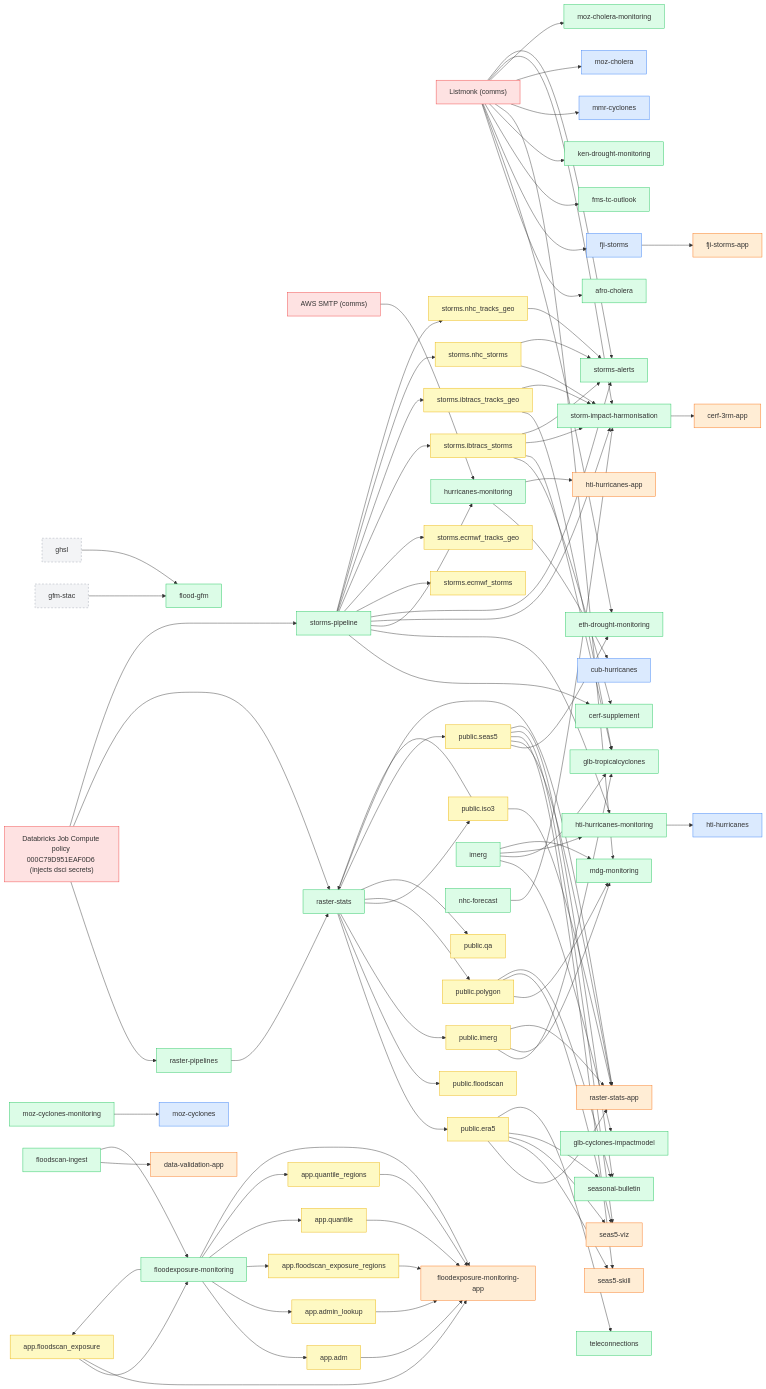
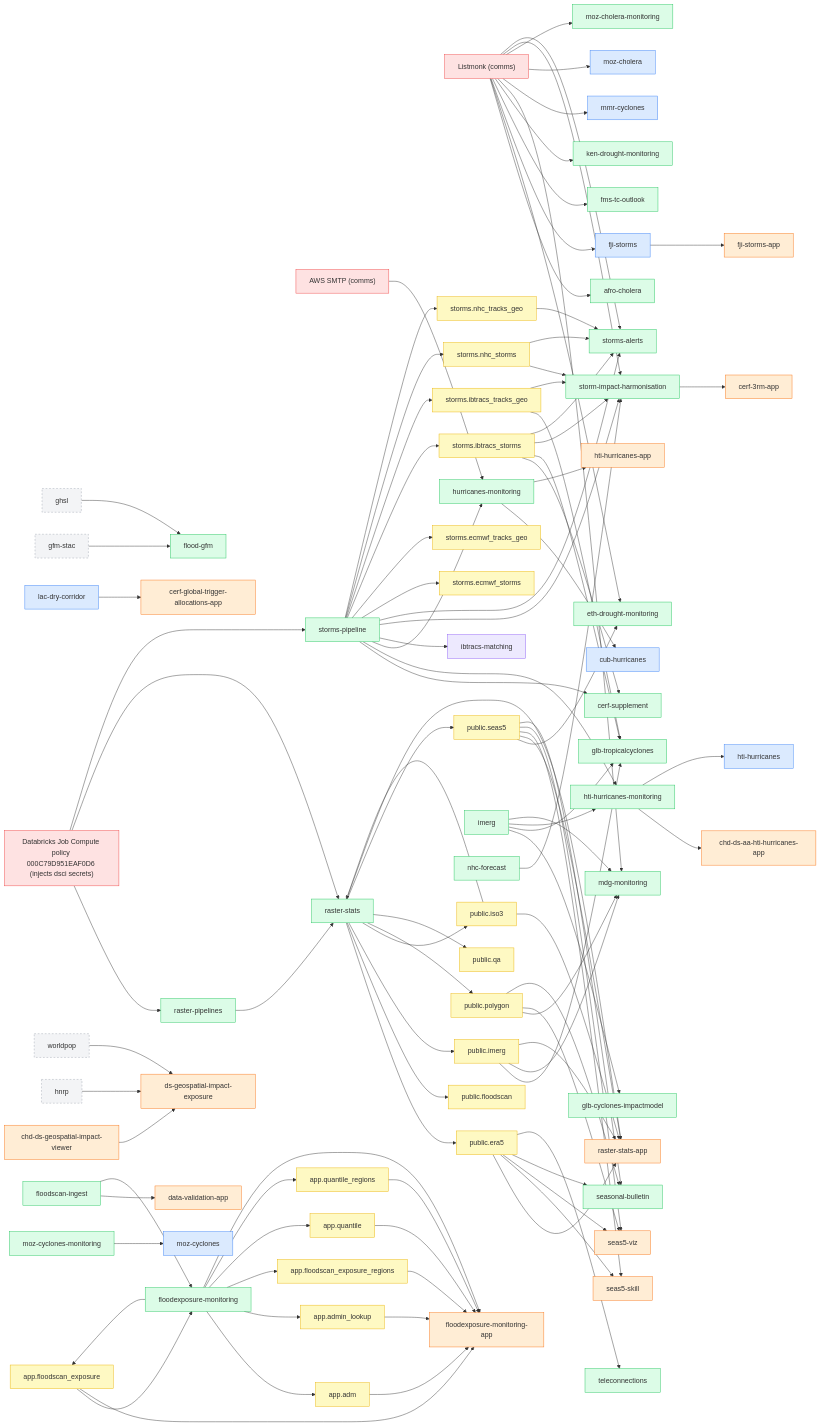
Before and after one commit to OCHA-DAP/ds-knowledge-base: the diagram in infrastructure/dependency-graph.md, drawn with Mermaid. The commit also changed other lines of this file and 1 other file, not shown here.

Commit message:
chore: refresh DB schema snapshot + dependency graph [skip ci]

````diff
--- a/infrastructure/dependency-graph.md
+++ b/infrastructure/dependency-graph.md
@@ -52,6 +56,8 @@
   n_listmonk["Listmonk (comms)"]
   n_gfm_stac["gfm-stac"]
   n_ghsl["ghsl"]
+  n_hnrp["hnrp"]
+  n_worldpop["worldpop"]
   n_app_adm["app.adm"]
   n_app_admin_lookup["app.admin_lookup"]
   n_app_floodscan_exposure["app.floodscan_exposure"]
@@ -96,16 +102,22 @@
   n_storms_pipeline["storms-pipeline"]
   n_teleconnections["teleconnections"]
   n_cerf_3rm_app["cerf-3rm-app"]
+  n_cerf_global_trigger_allocations_app["cerf-global-trigger-allocations-app"]
+  n_chd_ds_aa_hti_hurricanes_app["chd-ds-aa-hti-hurricanes-app"]
+  n_chd_ds_geospatial_impact_viewer["chd-ds-geospatial-impact-viewer"]
   n_data_validation_app["data-validation-app"]
+  n_ds_geospatial_impact_exposure["ds-geospatial-impact-exposure"]
   n_fji_storms_app["fji-storms-app"]
   n_floodexposure_monitoring_app["floodexposure-monitoring-app"]
   n_hti_hurricanes_app["hti-hurricanes-app"]
   n_raster_stats_app["raster-stats-app"]
   n_seas5_skill["seas5-skill"]
   n_seas5_viz["seas5-viz"]
+  n_ibtracs_matching["ibtracs-matching"]
   n_cub_hurricanes["cub-hurricanes"]
   n_fji_storms["fji-storms"]
   n_hti_hurricanes["hti-hurricanes"]
+  n_lac_dry_corridor["lac-dry-corridor"]
   n_mmr_cyclones["mmr-cyclones"]
   n_moz_cholera["moz-cholera"]
   n_moz_cyclones["moz-cyclones"]
@@ -117,10 +129,15 @@
   n_floodexposure_monitoring --> n_app_quantile
   n_floodexposure_monitoring --> n_app_quantile_regions
   n_storm_impact_harmonisation --> n_cerf_3rm_app
+  n_lac_dry_corridor --> n_cerf_global_trigger_allocations_app
   n_storms_pipeline --> n_cerf_supplement
   n_storms_ibtracs_storms --> n_cerf_supplement
+  n_hti_hurricanes_monitoring --> n_chd_ds_aa_hti_hurricanes_app
   n_hurricanes_monitoring --> n_cub_hurricanes
   n_floodscan_ingest --> n_data_validation_app
+  n_chd_ds_geospatial_impact_viewer --> n_ds_geospatial_impact_exposure
+  n_hnrp --> n_ds_geospatial_impact_exposure
+  n_worldpop --> n_ds_geospatial_impact_exposure
   n_listmonk --> n_eth_drought_monitoring
   n_public_seas5 --> n_eth_drought_monitoring
   n_listmonk --> n_fji_storms
@@ -148,6 +165,7 @@
   n_storms_pipeline --> n_hti_hurricanes_monitoring
   n_aws_smtp --> n_hurricanes_monitoring
   n_storms_pipeline --> n_hurricanes_monitoring
+  n_storms_pipeline --> n_ibtracs_matching
   n_listmonk --> n_ken_drought_monitoring
   n_imerg --> n_mdg_monitoring
   n_listmonk --> n_mdg_monitoring
@@ -207,10 +225,11 @@
   classDef analysis fill:#ede9fe,stroke:#8b5cf6;
   classDef table fill:#fef9c3,stroke:#eab308;
   classDef external fill:#f3f4f6,stroke:#9ca3af,stroke-dasharray:4;
-  class n_moz_cyclones,n_moz_cholera,n_fji_storms,n_mmr_cyclones,n_hti_hurricanes,n_cub_hurricanes framework;
-  class n_afro_cholera,n_storms_alerts,n_nhc_forecast,n_seasonal_bulletin,n_raster_stats,n_floodscan_ingest,n_fms_tc_outlook,n_imerg,n_flood_gfm,n_hti_hurricanes_monitoring,n_raster_pipelines,n_hurricanes_monitoring,n_cerf_supplement,n_teleconnections,n_eth_drought_monitoring,n_ken_drought_monitoring,n_floodexposure_monitoring,n_glb_tropicalcyclones,n_mdg_monitoring,n_moz_cholera_monitoring,n_moz_cyclones_monitoring,n_glb_cyclones_impactmodel,n_storms_pipeline,n_storm_impact_harmonisation pipeline;
-  class n_cerf_3rm_app,n_data_validation_app,n_fji_storms_app,n_seas5_viz,n_hti_hurricanes_app,n_floodexposure_monitoring_app,n_seas5_skill,n_raster_stats_app app;
-  class n_app_floodscan_exposure,n_app_floodscan_exposure_regions,n_app_quantile_regions,n_public_seas5,n_public_era5,n_public_iso3,n_app_quantile,n_public_qa,n_app_admin_lookup,n_storms_ecmwf_tracks_geo,n_app_adm,n_storms_ibtracs_tracks_geo,n_storms_nhc_tracks_geo,n_public_floodscan,n_storms_ibtracs_storms,n_storms_ecmwf_storms,n_public_imerg,n_storms_nhc_storms,n_public_polygon table;
-  class n_aws_smtp,n_listmonk,n_dbx_job_compute infra;
-  class n_gfm_stac,n_ghsl external;
+  class n_lac_dry_corridor,n_mmr_cyclones,n_moz_cyclones,n_fji_storms,n_moz_cholera,n_hti_hurricanes,n_cub_hurricanes framework;
+  class n_teleconnections,n_fms_tc_outlook,n_cerf_supplement,n_ken_drought_monitoring,n_hti_hurricanes_monitoring,n_storm_impact_harmonisation,n_afro_cholera,n_hurricanes_monitoring,n_seasonal_bulletin,n_glb_cyclones_impactmodel,n_moz_cholera_monitoring,n_storms_alerts,n_raster_pipelines,n_glb_tropicalcyclones,n_flood_gfm,n_floodscan_ingest,n_imerg,n_storms_pipeline,n_mdg_monitoring,n_floodexposure_monitoring,n_nhc_forecast,n_raster_stats,n_moz_cyclones_monitoring,n_eth_drought_monitoring pipeline;
+  class n_cerf_3rm_app,n_chd_ds_aa_hti_hurricanes_app,n_data_validation_app,n_hti_hurricanes_app,n_raster_stats_app,n_ds_geospatial_impact_exposure,n_cerf_global_trigger_allocations_app,n_chd_ds_geospatial_impact_viewer,n_seas5_skill,n_floodexposure_monitoring_app,n_fji_storms_app,n_seas5_viz app;
+  class n_ibtracs_matching analysis;
+  class n_public_floodscan,n_storms_ibtracs_tracks_geo,n_storms_nhc_tracks_geo,n_storms_ecmwf_storms,n_app_quantile_regions,n_public_qa,n_app_adm,n_app_admin_lookup,n_storms_ecmwf_tracks_geo,n_public_iso3,n_app_floodscan_exposure,n_storms_nhc_storms,n_app_floodscan_exposure_regions,n_public_imerg,n_public_era5,n_public_seas5,n_public_polygon,n_storms_ibtracs_storms,n_app_quantile table;
+  class n_listmonk,n_aws_smtp,n_dbx_job_compute infra;
+  class n_hnrp,n_gfm_stac,n_ghsl,n_worldpop external;
 ```
````
